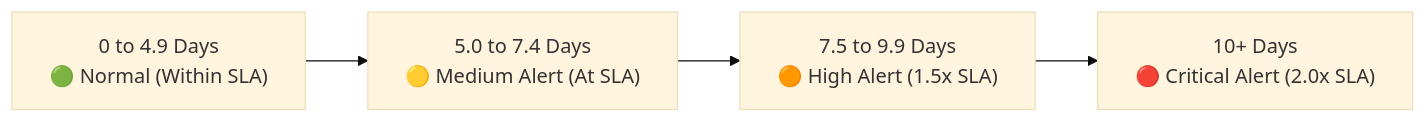
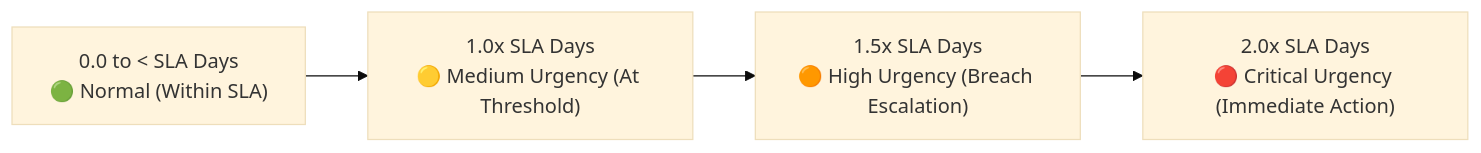
Before and after one commit to ajayroll1/Stall_Alert: the second of 4 diagrams in WORKING.md, drawn with Mermaid (base theme). The commit also changed other lines of this file, not shown here.

Commit message:
docs: update WORKING.md with complete English architecture guide and diagrams

````diff
--- a/WORKING.md
+++ b/WORKING.md
@@ -81,6 +83,6 @@
 ```mermaid
 graph LR
-    A["0 to 4.9 Days\n🟢 Normal (Within SLA)"] --> B["5.0 to 7.4 Days\n🟡 Medium Alert (At SLA)"]
-    B --> C["7.5 to 9.9 Days\n🟠 High Alert (1.5x SLA)"]
-    C --> D["10+ Days\n🔴 Critical Alert (2.0x SLA)"]
+    A["0.0 to < SLA Days\n🟢 Normal (Within SLA)"] --> B["1.0x SLA Days\n🟡 Medium Urgency (At Threshold)"]
+    B --> C["1.5x SLA Days\n🟠 High Urgency (Breach Escalation)"]
+    C --> D["2.0x SLA Days\n🔴 Critical Urgency (Immediate Action)"]
 ```
````
